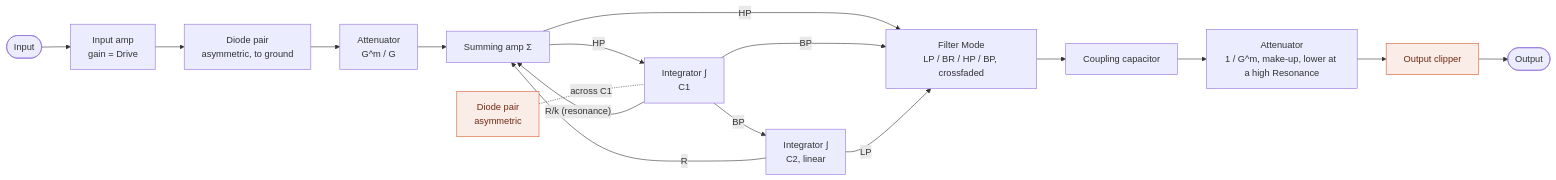
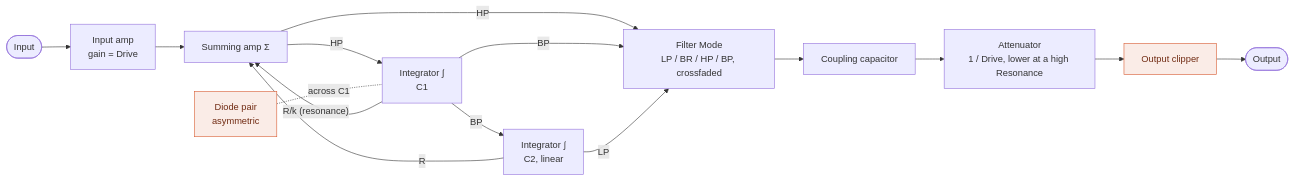
Before and after one commit to risgk/digital-synth-pra32-u2: the third of 10 diagrams in PRA32-U2-Block-Diagrams.md, drawn with Mermaid. The commit also changed other lines of this file and 3 other files, not shown here.

````diff
--- a/PRA32-U2-Block-Diagrams.md
+++ b/PRA32-U2-Block-Diagrams.md
@@ -115,21 +109,19 @@
 ```mermaid
 flowchart LR
     IN([Input]) --> IA["Input amp<br/>gain = Drive"]
-    IA --> ID["Diode pair<br/>asymmetric, to ground"]
-    ID --> IB["Attenuator<br/>G^m / G"]
-    IB --> A1["Summing amp Σ"]
+    IA --> A1["Summing amp Σ"]
     A1 -->|HP| A2["Integrator ∫<br/>C1"]
     D["Diode pair<br/>asymmetric"] -.-|across C1| A2
     A2 -->|BP| A3["Integrator ∫<br/>C2, linear"]
     A1 -->|HP| MS["Filter Mode<br/>LP / BR / HP / BP, crossfaded"]
     A2 -->|BP| MS
     A3 -->|LP| MS
     MS --> CC["Coupling capacitor"]
-    CC --> OA["Attenuator<br/>1 / G^m, make-up, lower at a high Resonance"]
+    CC --> OA["Attenuator<br/>1 / Drive, lower at a high Resonance"]
     OA --> LIM["Output clipper"]
     LIM --> OUT([Output])
     A2 -->|"R/k (resonance)"| A1
     A3 -->|R| A1
     classDef nl fill:#FAECE7,stroke:#D85A30,color:#712B13
     class D,LIM nl
 ```
````
